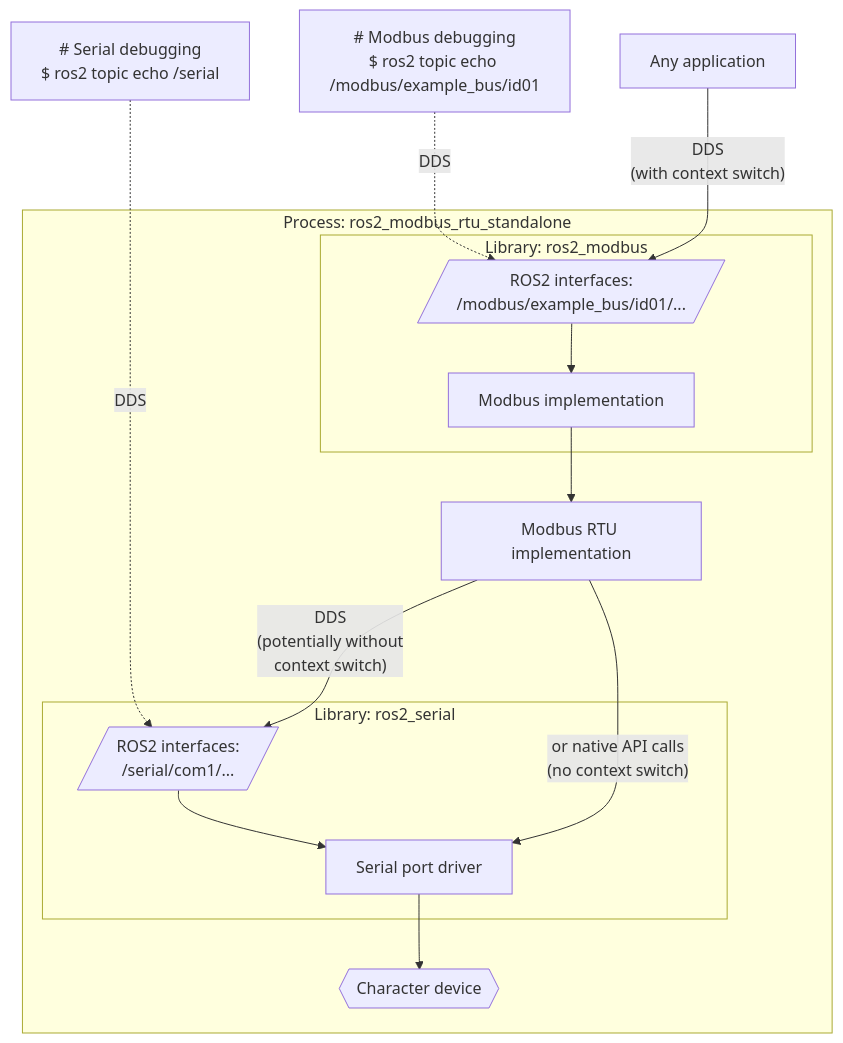
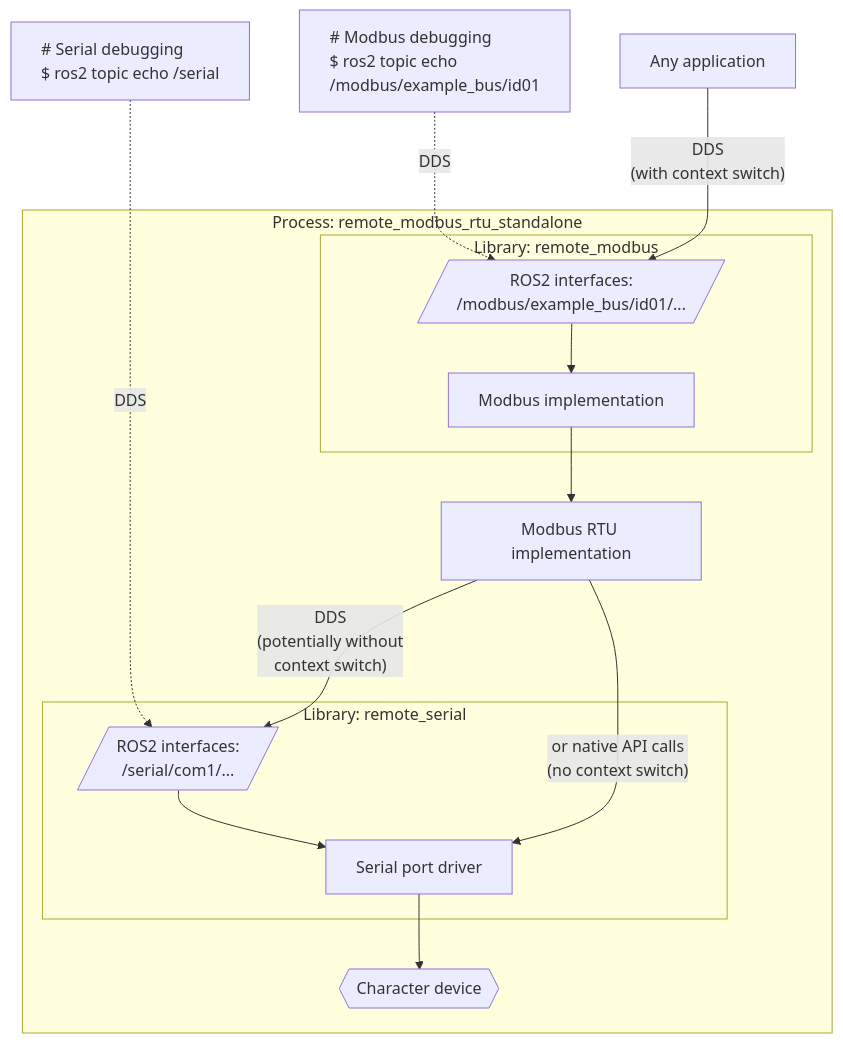
Before and after one commit to openvmp/modbus_rtu: the first of 2 diagrams in README.md, drawn with Mermaid. The commit also changed other lines of this file and 15 other files, not shown here.

````diff
--- a/README.md
+++ b/README.md
@@ -42,18 +38,18 @@
 ```mermaid
 flowchart TB
-    cli["# Modbus debugging\n$ ros2 topic echo /modbus/example_bus/id01"] -. "DDS" .-> topic_modbus
+    cli["<p style='text-align:left;'># Modbus debugging\n$ ros2 topic echo /modbus/example_bus/id01</p>"] -. "DDS" .-> topic_modbus
     app["Any application"] -- "DDS\n(with context switch)" --> topic_modbus
-    cli_serial["# Serial debugging\n$ ros2 topic echo /serial"] -. "DDS" ....-> topic_serial[/ROS2 interfaces:\n/serial/com1/.../]
-    subgraph modbus_exe["Process: ros2_modbus_rtu_standalone"]
-      subgraph modbus["Library: ros2_modbus"]
+    cli_serial["<p style='text-align:left;'># Serial debugging\n$ ros2 topic echo /serial</p>"] -. "DDS" ....-> topic_serial[/ROS2 interfaces:\n/serial/com1/.../]
+    subgraph modbus_exe["Process: remote_modbus_rtu_standalone"]
+      subgraph modbus["Library: remote_modbus"]
         topic_modbus[/ROS2 interfaces:\n/modbus/example_bus/id01/.../] --> driver_modbus["Modbus implementation"]
       end
-      subgraph serial["Library: ros2_serial"]
+      subgraph serial["Library: remote_serial"]
         topic_serial --> driver["Serial port driver"]
       end
       driver_modbus --> rtu["Modbus RTU implementation"]
       rtu -- "DDS\n(potentially without\ncontext switch)" --> topic_serial
       rtu -- "or native API calls\n(no context switch)" --> driver
       driver --> file{{"Character device"}}
     end
 ```
````
